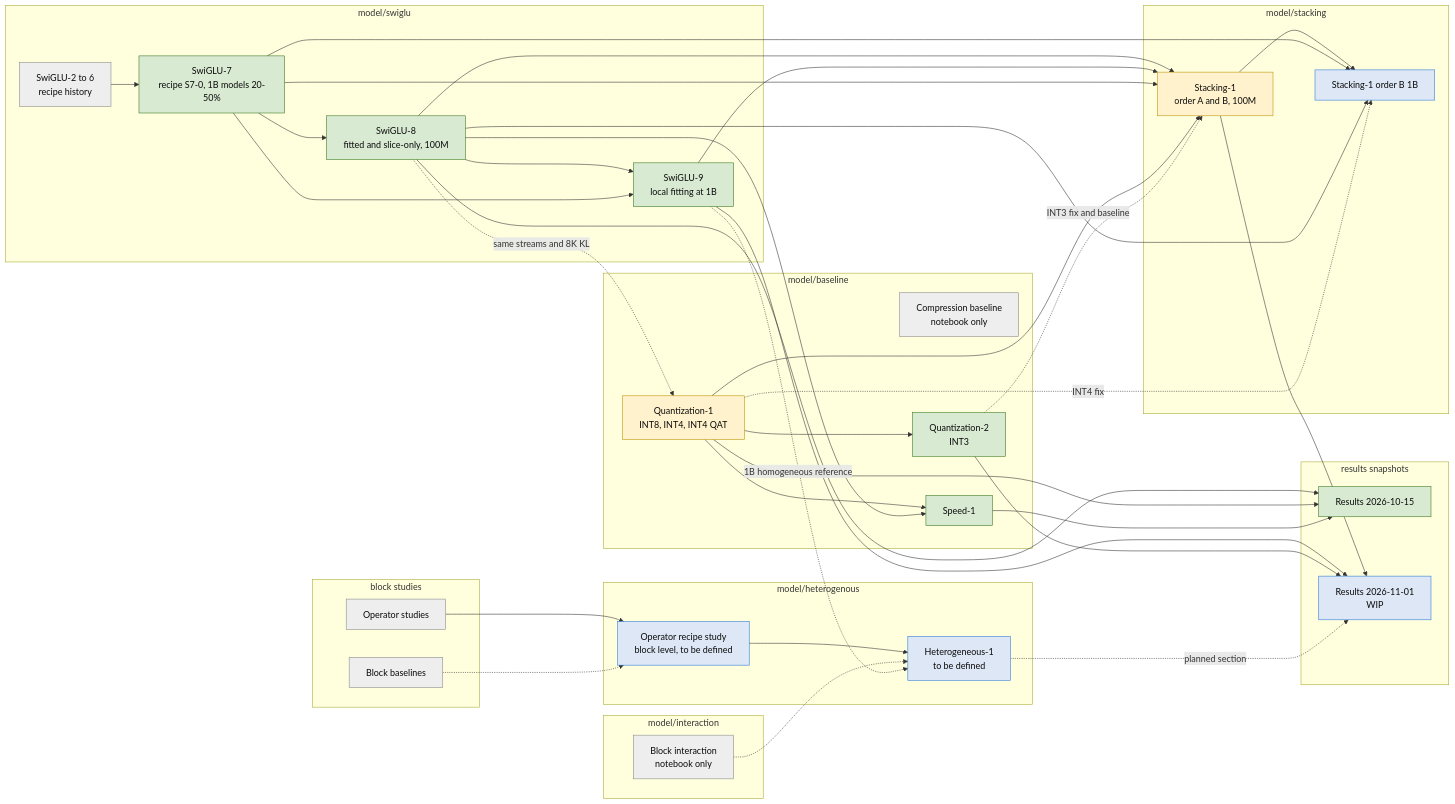
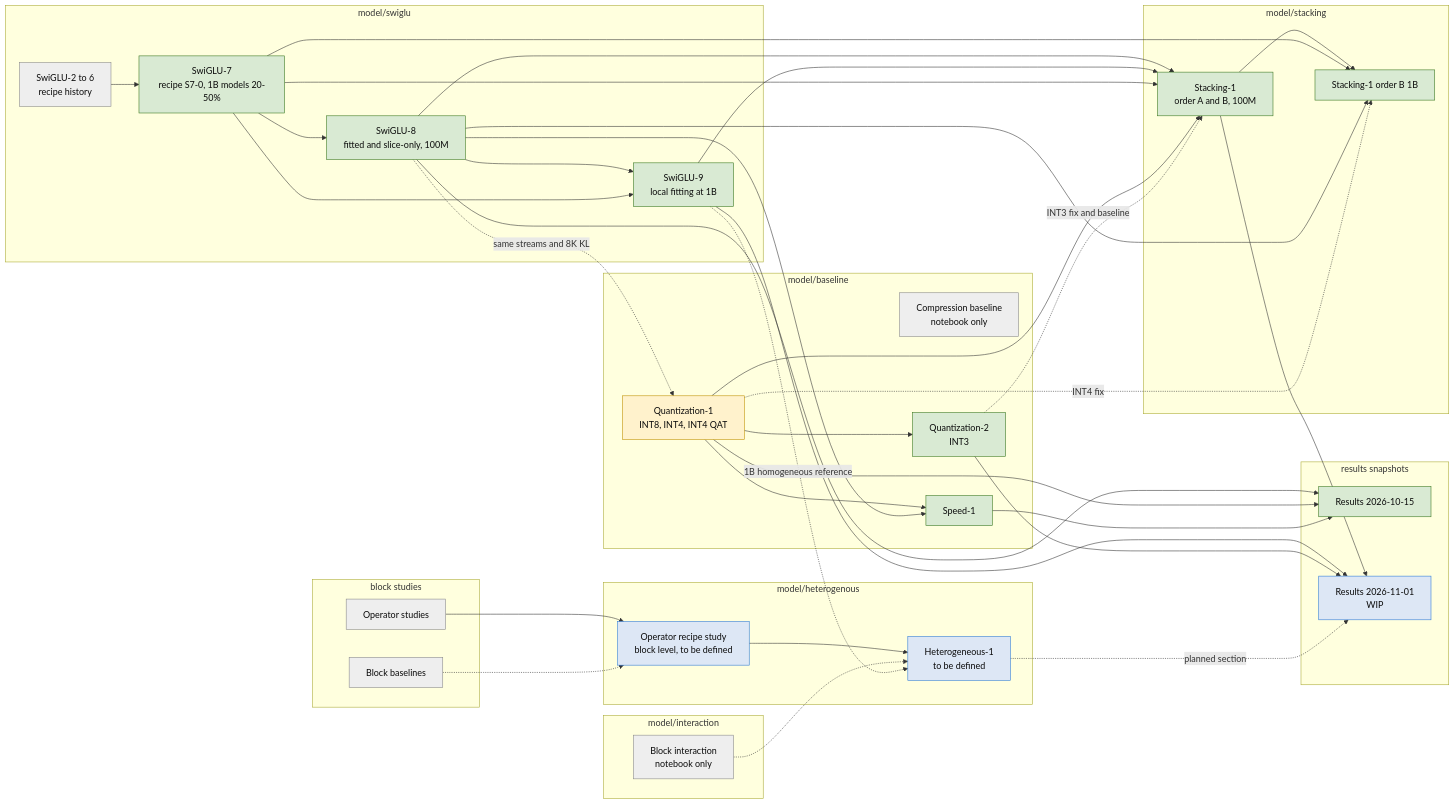
One commit to Sammuel21/diploma-thesis-block-replacement changed the second of 2 diagrams in docs/experiments/dependencies.md. Above: the diagram before and after it, drawn with Mermaid. The commit also changed other lines of this file and 10 other files, not shown here.

````diff
--- a/docs/experiments/dependencies.md
+++ b/docs/experiments/dependencies.md
@@ -30,68 +30,68 @@
 ```mermaid
 flowchart LR
   classDef done fill:#d9ead3,stroke:#38761d,color:#0b0b0b
   classDef running fill:#fff2cc,stroke:#bf9000,color:#0b0b0b
   classDef planned fill:#dde7f5,stroke:#2a78d6,color:#0b0b0b
   classDef historical fill:#eeeeee,stroke:#888888,color:#0b0b0b
 
   subgraph block[block studies]
     BB[Block baselines]
     BO[Operator studies]
   end
   subgraph swiglu[model/swiglu]
     S26[SwiGLU-2 to 6<br/>recipe history] --> S7[SwiGLU-7<br/>recipe S7-0, 1B models 20-50%]
     S7 --> S8[SwiGLU-8<br/>fitted and slice-only, 100M]
     S8 --> S9[SwiGLU-9<br/>local fitting at 1B]
     S7 --> S9
   end
   subgraph baseline[model/baseline]
     CB[Compression baseline<br/>notebook only]
     Q1[Quantization-1<br/>INT8, INT4, INT4 QAT]
     Q2[Quantization-2<br/>INT3]
     SP1[Speed-1]
     Q1 --> Q2
   end
   subgraph stacking[model/stacking]
     ST1[Stacking-1<br/>order A and B, 100M]
     ST1B[Stacking-1 order B 1B]
     ST1 --> ST1B
   end
   subgraph interaction[model/interaction]
     BI[Block interaction<br/>notebook only]
   end
   subgraph hetero[model/heterogenous]
     HB[Operator recipe study<br/>block level, to be defined] --> H[Heterogeneous-1<br/>to be defined]
   end
   subgraph reports[results snapshots]
     R1[Results 2026-10-15]
     R2[Results 2026-11-01<br/>WIP]
   end
 
   S8 -. same streams and 8K KL .-> Q1
   S8 --> ST1
   S9 --> ST1
   S7 --> ST1
   Q1 --> ST1
   Q2 -. INT3 fix and baseline .-> ST1
   S7 --> ST1B
   S8 --> ST1B
   Q1 -. INT4 fix .-> ST1B
   Q1 --> SP1
   S8 --> SP1
   BO --> HB
   BB -.-> HB
   BI -.-> H
   S9 -. 1B homogeneous reference .-> H
   S8 --> R1
   Q1 --> R1
   SP1 --> R1
   S9 --> R2
   ST1 --> R2
   Q2 --> R2
   H -. planned section .-> R2
 
-  class S7,S8,S9,Q2,SP1,R1 done
-  class Q1,ST1 running
-  class ST1B,HB,H,R2 planned
+  class S7,S8,S9,Q2,SP1,R1,ST1,ST1B done
+  class Q1 running
+  class HB,H,R2 planned
   class S26,BB,BO,CB,BI historical
 ```
````
